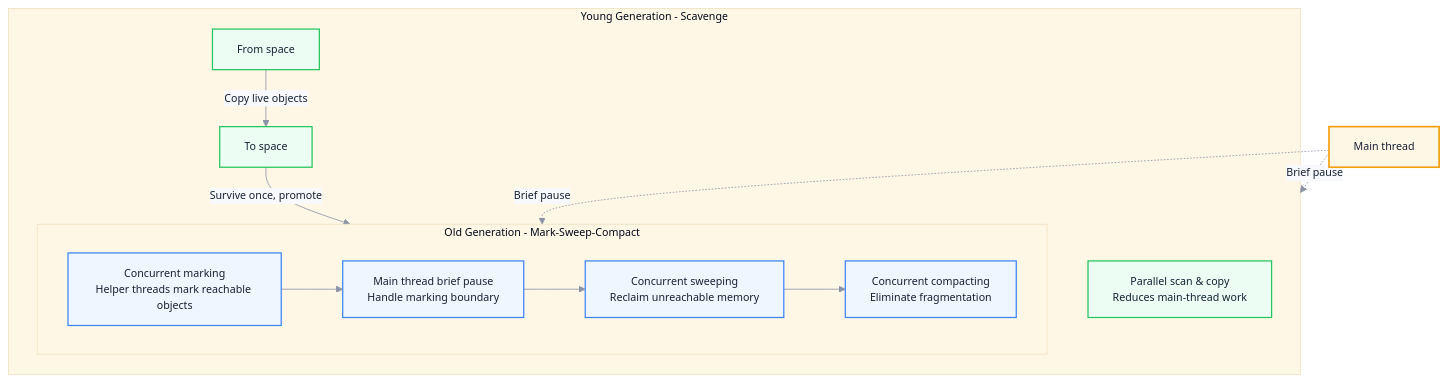
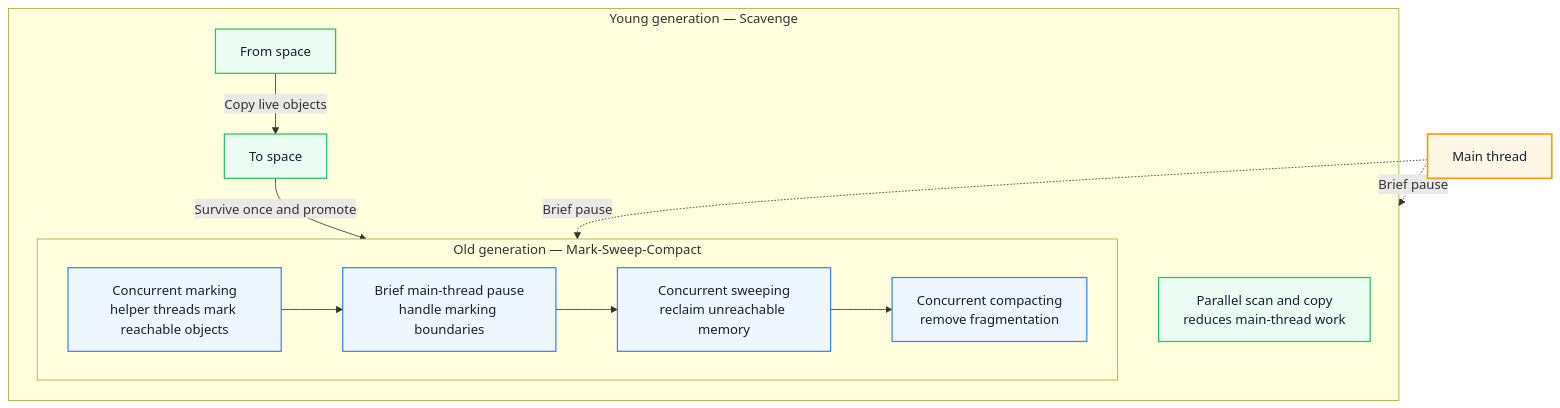
The fourth of 4 diagrams in docs/en/javascript/v8-jit-gc.md (Fatejian/frontier-vault), drawn with Mermaid before and after one commit. The commit also changed other lines of this file and 41 other files, not shown here.

````diff
--- a/docs/en/javascript/v8-jit-gc.md
+++ b/docs/en/javascript/v8-jit-gc.md
@@ -357,25 +334,24 @@
 ```mermaid
-%%{init: {'theme': 'base', 'themeVariables': { 'fontFamily': 'Inter, PingFang SC, Microsoft YaHei, sans-serif', 'primaryColor': '#EEF6FF', 'primaryTextColor': '#172033', 'primaryBorderColor': '#6EA8FE', 'lineColor': '#8A94A6', 'secondaryColor': '#F7F9FC', 'tertiaryColor': '#FFF7E6', 'fontSize': '13px'}}}%%
 flowchart TB
-    subgraph Young["Young Generation - Scavenge"]
+    subgraph Young["Young generation — Scavenge"]
         Y1["From space"] -- "Copy live objects" --> Y2["To space"]
-        Y2 -- "Survive once, promote" --> Old
-        Y3["Parallel scan & copy<br/>Reduces main-thread work"]
+        Y2 -- "Survive once and promote" --> Old
+        Y3["Parallel scan and copy<br/>reduces main-thread work"]
     end
 
-    subgraph Old["Old Generation - Mark-Sweep-Compact"]
-        O1["Concurrent marking<br/>Helper threads mark reachable objects"] --> O2["Main thread brief pause<br/>Handle marking boundary"]
-        O2 --> O3["Concurrent sweeping<br/>Reclaim unreachable memory"]
-        O3 --> O4["Concurrent compacting<br/>Eliminate fragmentation"]
+    subgraph Old["Old generation — Mark-Sweep-Compact"]
+        O1["Concurrent marking<br/>helper threads mark reachable objects"] --> O2["Brief main-thread pause<br/>handle marking boundaries"]
+        O2 --> O3["Concurrent sweeping<br/>reclaim unreachable memory"]
+        O3 --> O4["Concurrent compacting<br/>remove fragmentation"]
     end
 
     Main["Main thread"] -. "Brief pause" .-> Old
     Main -. "Brief pause" .-> Young
 
-    classDef young fill:#ECFDF3,stroke:#22C55E,color:#172033,stroke-width:1.5px;
-    classDef oldgen fill:#EEF6FF,stroke:#3B82F6,color:#172033,stroke-width:1.5px;
-    classDef main fill:#FFF7E6,stroke:#F59E0B,color:#172033,stroke-width:2px;
-    class Y1,Y2,Y3 young;
-    class O1,O2,O3,O4 oldgen;
-    class Main main;
+    classDef work fill:#ECFDF3,stroke:#22C55E,color:#172033,stroke-width:1.5px;
+    classDef wait fill:#EEF6FF,stroke:#3B82F6,color:#172033,stroke-width:1.5px;
+    classDef block fill:#FFF7E6,stroke:#F59E0B,color:#172033,stroke-width:2px;
+    class Y1,Y2,Y3 work;
+    class O1,O2,O3,O4 wait;
+    class Main block;
 ```
````
